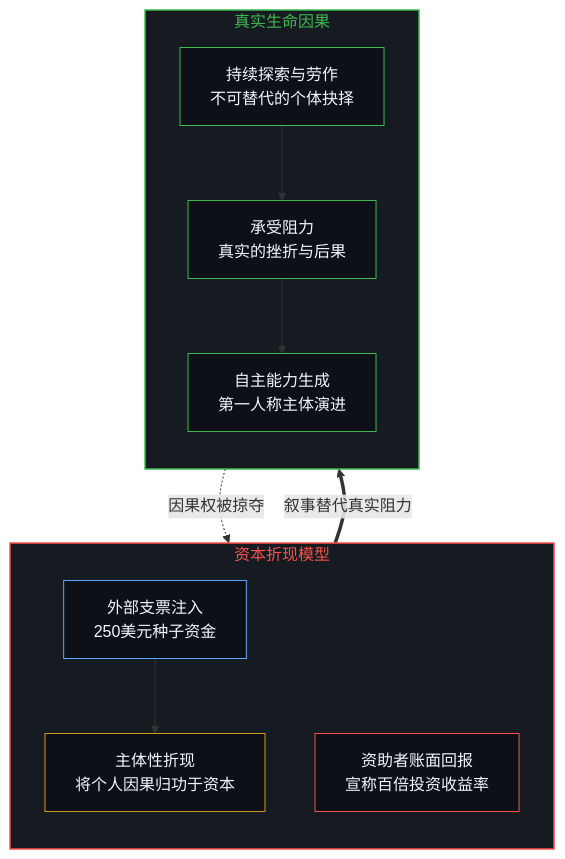
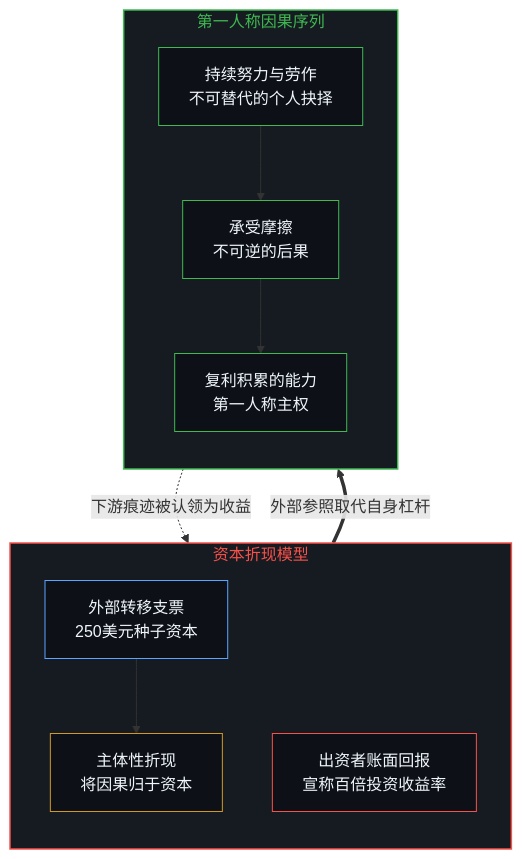
The first of 4 diagrams in content/posts/the-discount-on-agency.md (powerpig99/not-a-toe), drawn with Mermaid before and after one commit. The commit also changed other lines of this file, not shown here.

````diff
--- a/content/posts/the-discount-on-agency.md
+++ b/content/posts/the-discount-on-agency.md
@@ -17,27 +17,27 @@
 ```mermaid
 flowchart TD
   subgraph S_FIN["资本折现模型"]
     direction TB
-    C_IN["外部支票注入<br/>250美元种子资金"]
-    C_RET["资助者账面回报<br/>宣称百倍投资收益率"]
-    C_DISC["主体性折现<br/>将个人因果归功于资本"]
+    C_IN["外部转移支票<br/>250美元种子资本"]
+    C_RET["出资者账面回报<br/>宣称百倍投资收益率"]
+    C_DISC["主体性折现<br/>将因果归于资本"]
   end
-  subgraph S_ACT["真实生命因果"]
+  subgraph S_ACT["第一人称因果序列"]
     direction TB
-    A_ACT["持续探索与劳作<br/>不可替代的个体抉择"]
-    A_FRIC["承受阻力<br/>真实的挫折与后果"]
-    A_GROW["自主能力生成<br/>第一人称主体演进"]
+    A_ACT["持续努力与劳作<br/>不可替代的个人抉择"]
+    A_FRIC["承受摩擦<br/>不可逆的后果"]
+    A_GROW["复利积累的能力<br/>第一人称主权"]
   end
   C_IN --> C_DISC
   A_ACT --> A_FRIC --> A_GROW
-  A_GROW -.->|"因果权被掠夺"| C_RET
-  C_DISC ==>|"叙事替代真实阻力"| A_ACT
+  A_GROW -.->|"下游痕迹被认领为收益"| C_RET
+  C_DISC ==>|"外部参照取代自身杠杆"| A_ACT
   style S_FIN fill:#161b22,stroke:#f85149,stroke-width:1.5px,color:#f85149
   style S_ACT fill:#161b22,stroke:#3fb950,stroke-width:1.5px,color:#3fb950
   style C_IN fill:#0d1117,stroke:#58a6ff,stroke-width:1px,color:#f0f6fc
   style C_RET fill:#0d1117,stroke:#f85149,stroke-width:1px,color:#f0f6fc
   style C_DISC fill:#0d1117,stroke:#d29922,stroke-width:1px,color:#f0f6fc
   style A_ACT fill:#0d1117,stroke:#3fb950,stroke-width:1px,color:#f0f6fc
   style A_FRIC fill:#0d1117,stroke:#3fb950,stroke-width:1px,color:#f0f6fc
   style A_GROW fill:#0d1117,stroke:#3fb950,stroke-width:1px,color:#f0f6fc
 ```
````
